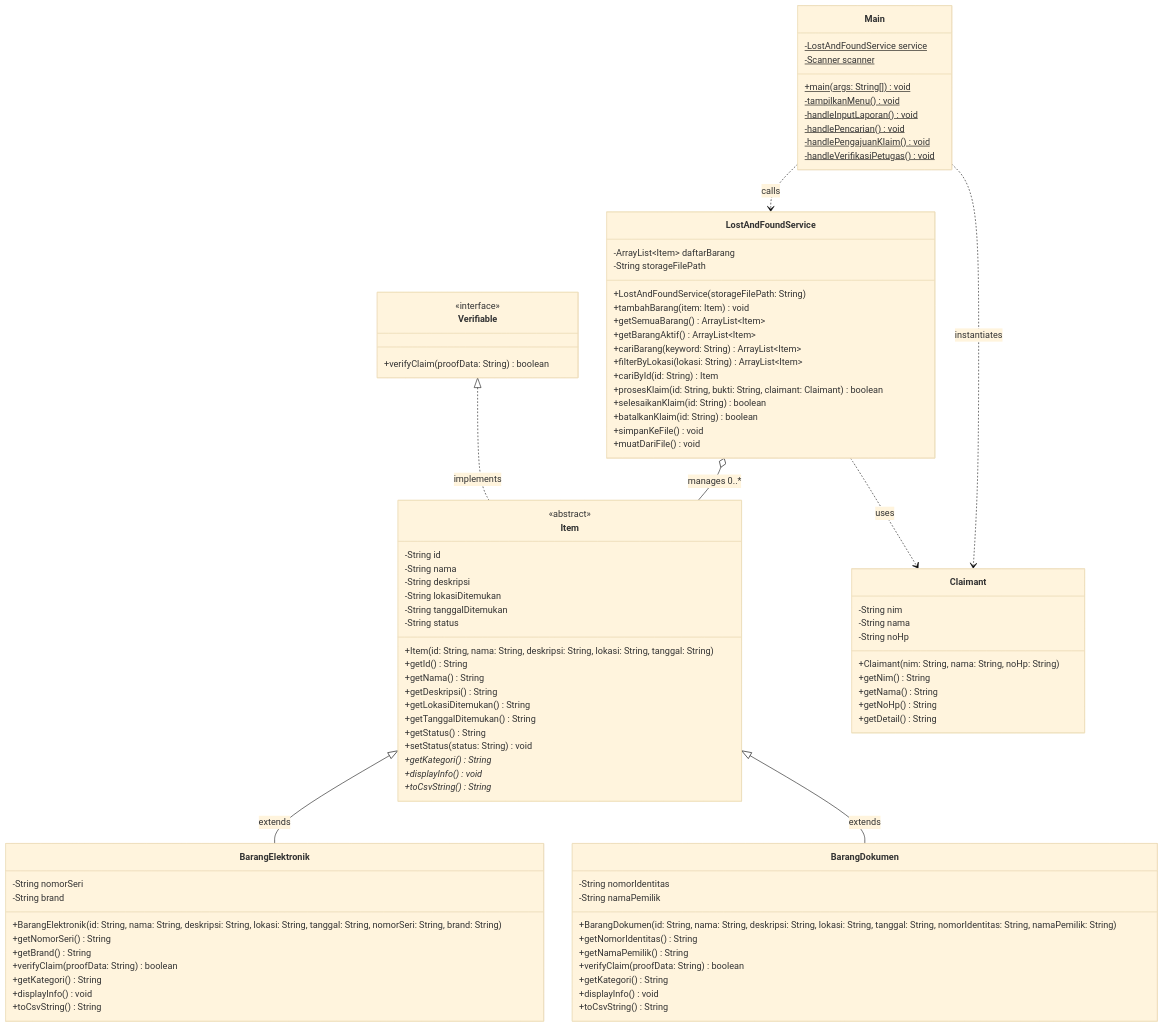
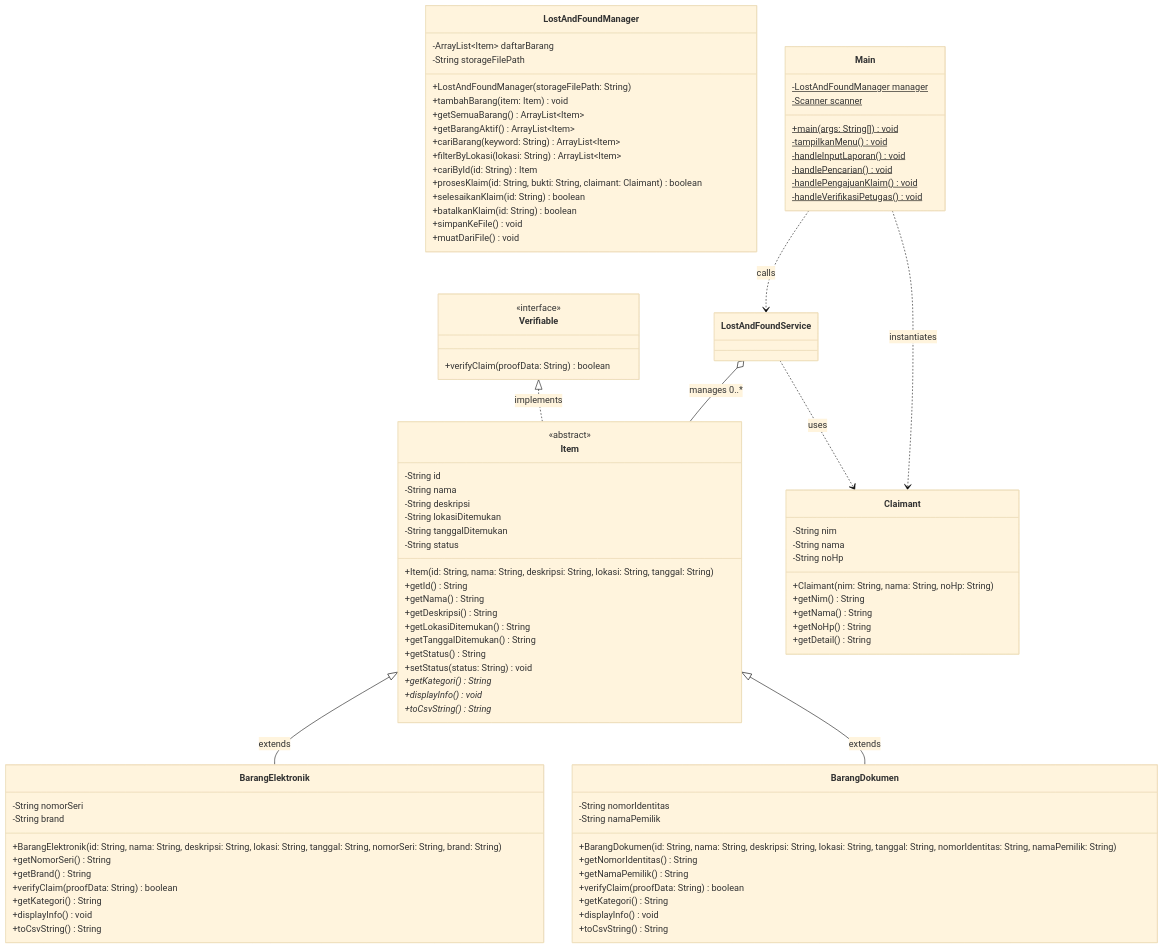
Before and after one commit to Aris-Kurniawan/CampusLostHub: the diagram in docs/ARCHITECTURE.md, drawn with Mermaid (base theme). The commit also changed 9 other files, not shown here.

```diff
--- a/docs/ARCHITECTURE.md
+++ b/docs/ARCHITECTURE.md
@@ -127,10 +127,10 @@
         +getDetail() String
     }
 
-    class LostAndFoundService {
+    class LostAndFoundManager {
         -ArrayList~Item~ daftarBarang
         -String storageFilePath
-        +LostAndFoundService(storageFilePath: String)
+        +LostAndFoundManager(storageFilePath: String)
         +tambahBarang(item: Item) void
         +getSemuaBarang() ArrayList~Item~
         +getBarangAktif() ArrayList~Item~
@@ -145,7 +145,7 @@
     }
 
     class Main {
-        -LostAndFoundService service$
+        -LostAndFoundManager manager$
         -Scanner scanner$
         +main(args: String[])$ void
         -tampilkanMenu()$ void
```
